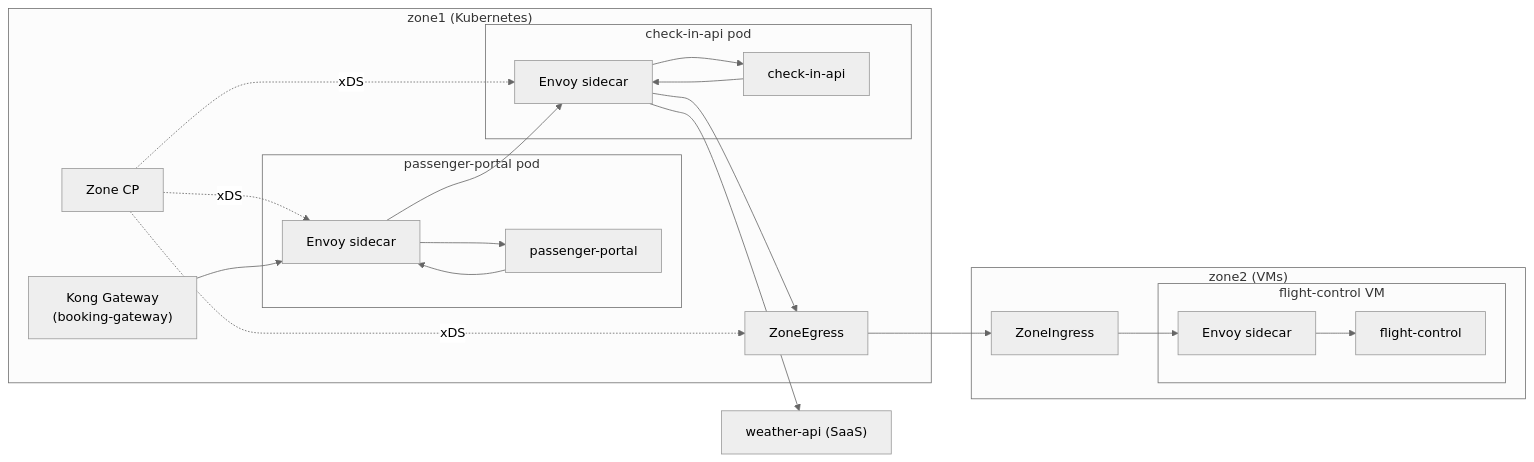
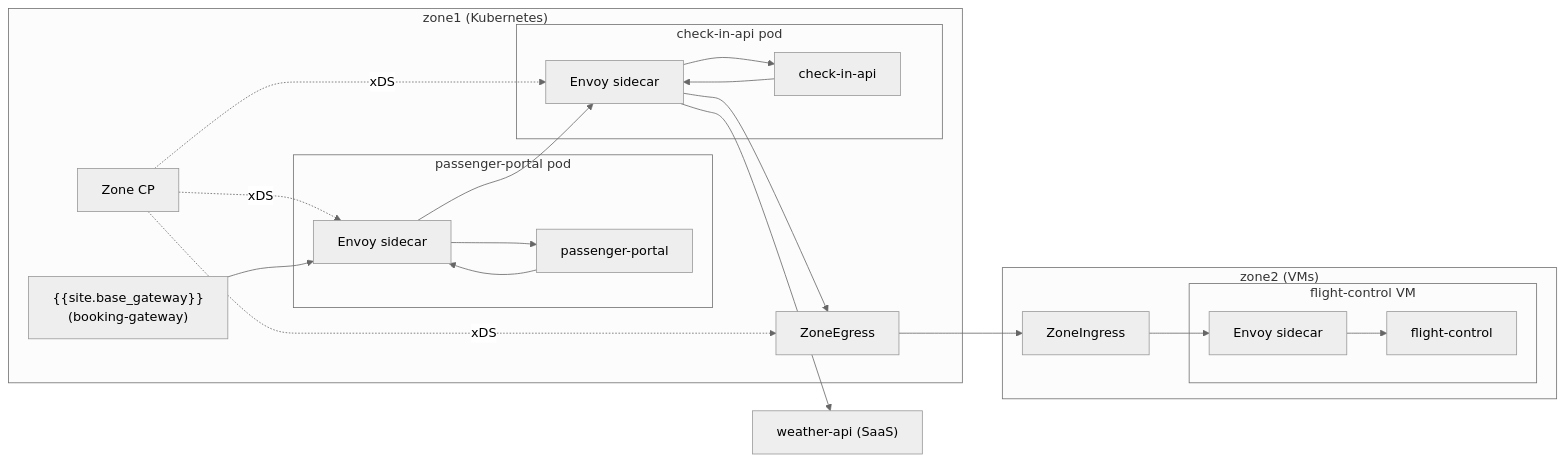
One commit to Kong/developer.konghq.com changed the second of 2 diagrams in app/mesh/scenarios/architecture-overview.md. Above: the diagram before and after it, drawn with Mermaid (neutral theme). The commit also changed 8 other files, not shown here.

```diff
--- a/app/mesh/scenarios/architecture-overview.md
+++ b/app/mesh/scenarios/architecture-overview.md
@@ -134,40 +134,40 @@
 {% mermaid %}
 flowchart LR
     subgraph ZoneEast["zone1 (Kubernetes)"]
         ZECP["Zone CP"]
-        KG["Kong Gateway<br/>(booking-gateway)"]
+        KG["{{site.base_gateway}}<br/>(booking-gateway)"]
         subgraph PPSvc["passenger-portal pod"]
             PP_App["passenger-portal"]
             PP_Envoy["Envoy sidecar"]
         end
         subgraph CISvc["check-in-api pod"]
             CI_App["check-in-api"]
             CI_Envoy["Envoy sidecar"]
         end
         ZE_East["ZoneEgress"]
     end
     subgraph ZoneWest["zone2 (VMs)"]
         ZI_West["ZoneIngress"]
         subgraph FCSvc["flight-control VM"]
             FC_App["flight-control"]
             FC_Envoy["Envoy sidecar"]
         end
     end
     EXT["weather-api (SaaS)"]
 
     ZECP -.->|xDS| PP_Envoy
     ZECP -.->|xDS| CI_Envoy
     ZECP -.->|xDS| ZE_East
 
     KG --> PP_Envoy
     PP_Envoy --> PP_App
     PP_App --> PP_Envoy
     PP_Envoy --> CI_Envoy
     CI_Envoy --> CI_App
     CI_App --> CI_Envoy
     CI_Envoy --> ZE_East
     ZE_East --> ZI_West
     ZI_West --> FC_Envoy
     FC_Envoy --> FC_App
     CI_Envoy --> EXT
 {% endmermaid %}
```
